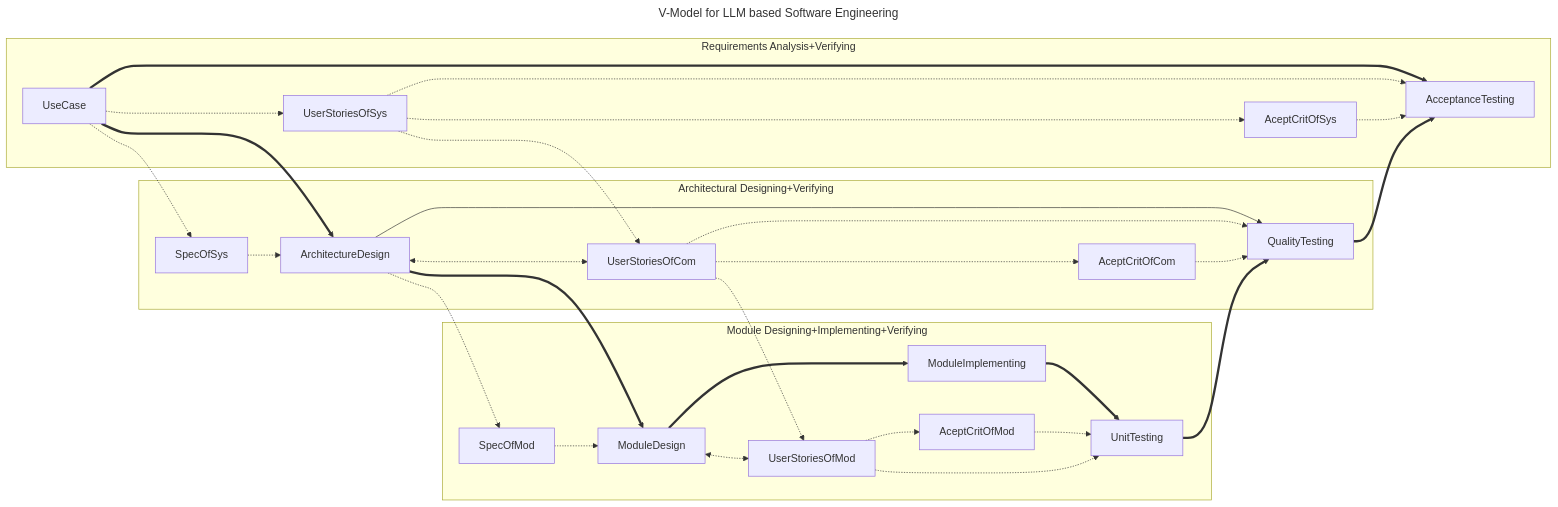
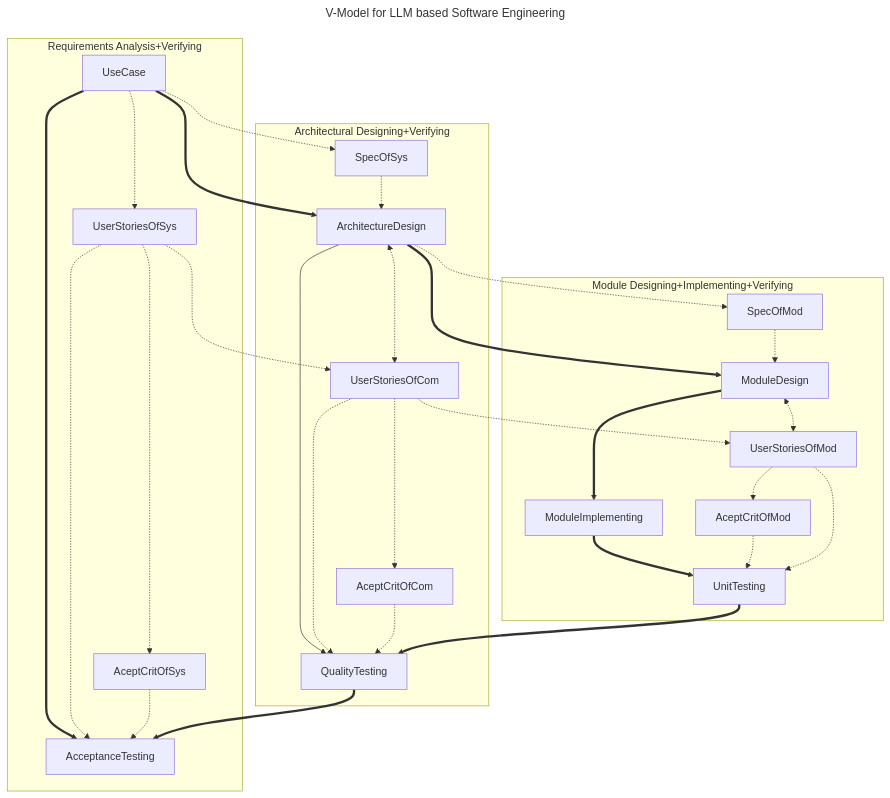
Before and after one commit to EnigmaWU/MyIOC_inTDD_withGHC: the diagram in README_LLMSE.md, drawn with Mermaid.

Commit message:
Refactor graph with default layout

````diff
--- a/README_LLMSE.md
+++ b/README_LLMSE.md
@@ -11,35 +11,35 @@
 ```mermaid
 ---
 title: V-Model for LLM based Software Engineering
 ---
-graph LR
+graph 
     subgraph "Requirements Analysis+Verifying"
         UseCase ==> AcceptanceTesting
         UseCase -.-> UserStoriesOfSys
         UserStoriesOfSys -.-> AcceptanceTesting
         UserStoriesOfSys -.-> AceptCritOfSys
         AceptCritOfSys -.-> AcceptanceTesting
         
     end
     subgraph "Architectural Designing+Verifying"
         UseCase ==> ArchitectureDesign
         UseCase -.-> SpecOfSys
         SpecOfSys -.-> ArchitectureDesign
 
         ArchitectureDesign <-.-> UserStoriesOfCom
         ArchitectureDesign --> QualityTesting
         
         UserStoriesOfSys -..-> UserStoriesOfCom
         UserStoriesOfCom -.-> QualityTesting
         UserStoriesOfCom -.-> AceptCritOfCom
 
         AceptCritOfCom -.-> QualityTesting
         QualityTesting ==> AcceptanceTesting
     end
     subgraph "Module Designing+Implementing+Verifying"
         ArchitectureDesign ==> ModuleDesign ==> ModuleImplementing ==> UnitTesting ==> QualityTesting
         ArchitectureDesign -.-> SpecOfMod -.-> ModuleDesign
         ModuleDesign <-.-> UserStoriesOfMod -.-> AceptCritOfMod -.-> UnitTesting
         UserStoriesOfCom -.-> UserStoriesOfMod -.-> UnitTesting 
     end
 ```
````
